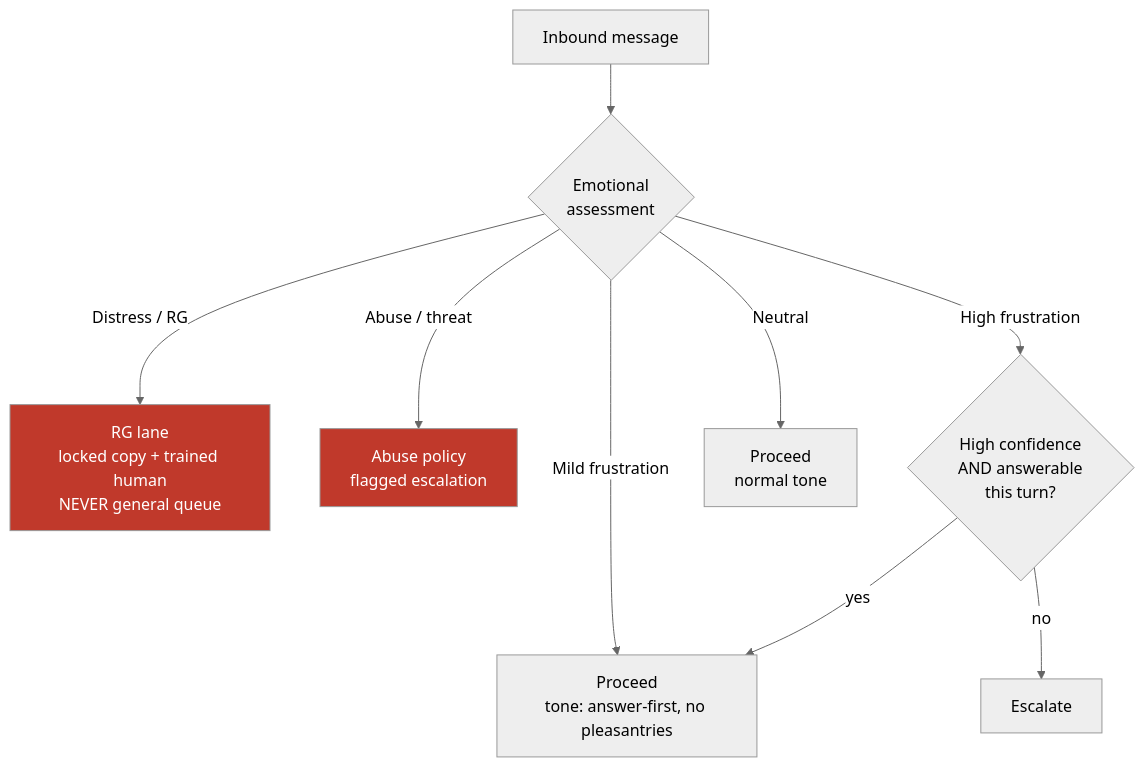
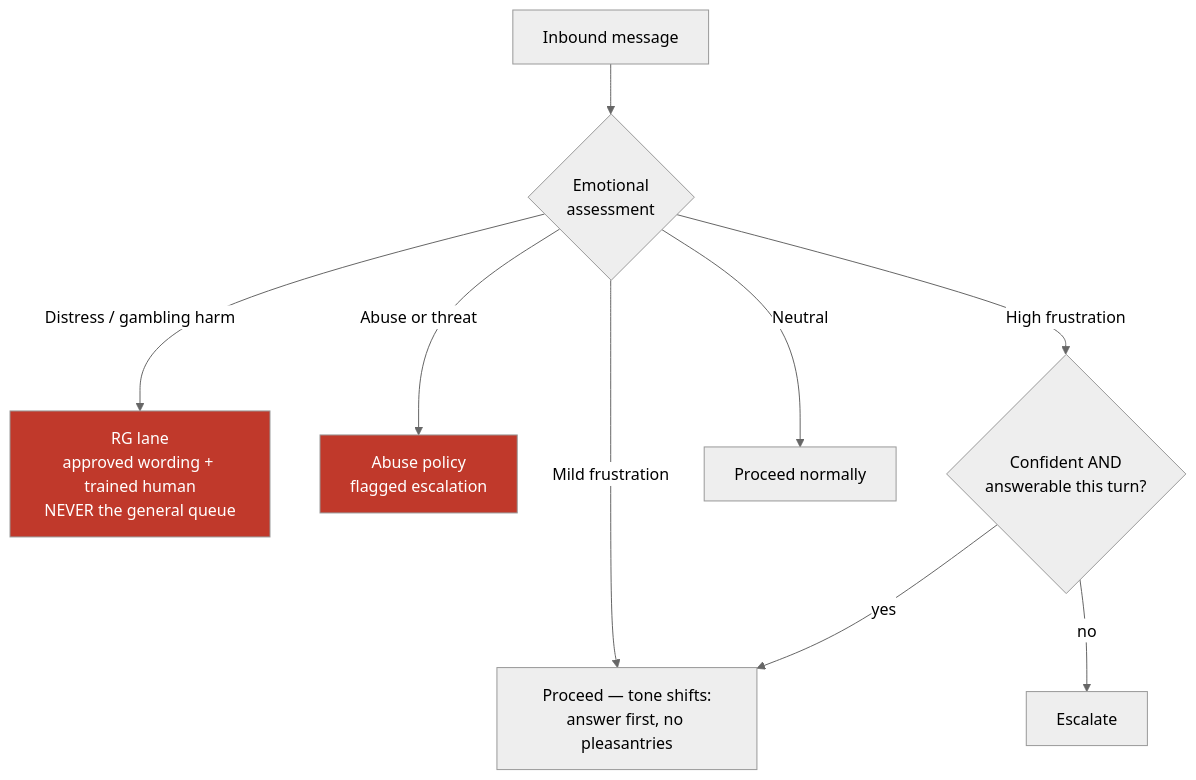
One commit to sdannuri/iGamingAgent changed the fourth of 13 diagrams in Design.md. Above: the diagram before and after it, drawn with Mermaid (neutral theme). The commit also changed other lines of this file, not shown here.

````diff
--- a/Design.md
+++ b/Design.md
@@ -220,15 +457,15 @@
 ```mermaid
 graph TD
     M["Inbound message"] --> C{"Emotional<br/>assessment"}
-    C -->|"Distress / RG"| RG["RG lane<br/>locked copy + trained human<br/>NEVER general queue"]
-    C -->|"Abuse / threat"| AB["Abuse policy<br/>flagged escalation"]
-    C -->|"High frustration"| HF{"High confidence<br/>AND answerable<br/>this turn?"}
-    C -->|"Mild frustration"| MF["Proceed<br/>tone: answer-first, no pleasantries"]
-    C -->|"Neutral"| NE["Proceed<br/>normal tone"]
+    C -->|"Distress / gambling harm"| RG["RG lane<br/>approved wording + trained human<br/>NEVER the general queue"]
+    C -->|"Abuse or threat"| AB["Abuse policy<br/>flagged escalation"]
+    C -->|"High frustration"| HF{"Confident AND<br/>answerable this turn?"}
+    C -->|"Mild frustration"| MF["Proceed — tone shifts:<br/>answer first, no pleasantries"]
+    C -->|"Neutral"| NE["Proceed normally"]
 
     HF -->|yes| MF
     HF -->|no| ESC["Escalate"]
 
     style RG fill:#c0392b,color:#fff
     style AB fill:#c0392b,color:#fff
 ```
````
